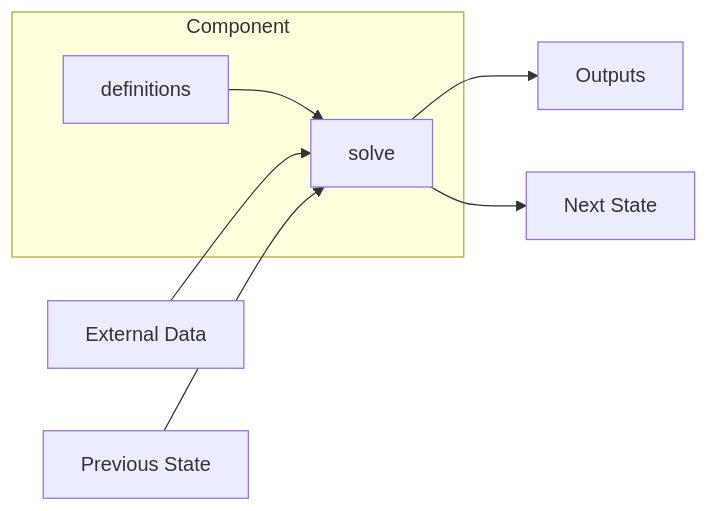
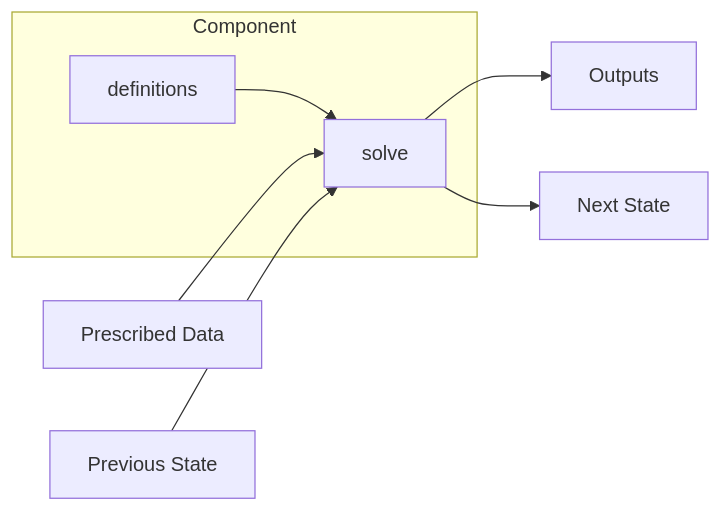
The first of 3 diagrams in docs/key_concepts.md (lewisjared/rscm), drawn with Mermaid before and after one commit. The commit also changed other lines of this file and 150 other files, not shown here.

````diff
--- a/docs/key_concepts.md
+++ b/docs/key_concepts.md
@@ -36,10 +36,10 @@
 ```mermaid
 graph LR
     subgraph Component
         D[definitions] --> S[solve]
     end
-    E[External Data] --> S
+    E[Prescribed Data] --> S
     P[Previous State] --> S
     S --> O[Outputs]
     S --> N[Next State]
 ```
````
